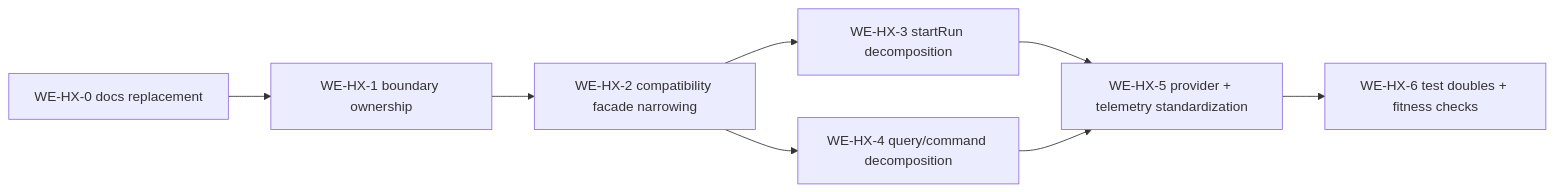
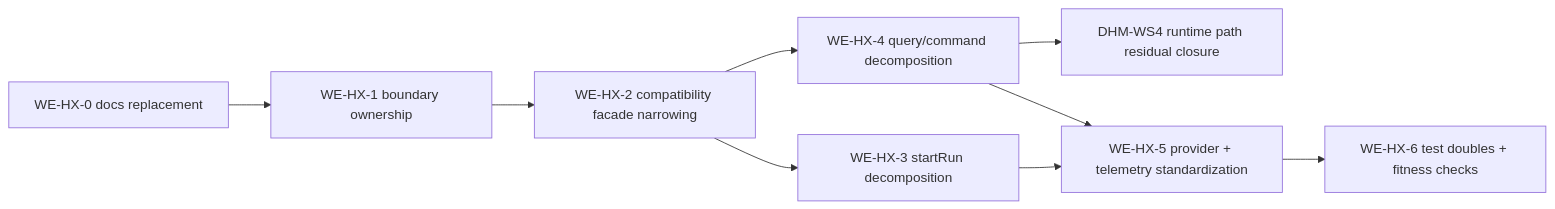
Before and after one commit to dunay2/dvt: the seventh of 7 diagrams in docs/architecture/components/engine/architecture/workflow-engine-target-architecture.v1.md, drawn with Mermaid. The commit also changed other lines of this file and 28 other files, not shown here.

````diff
--- a/docs/architecture/components/engine/architecture/workflow-engine-target-architecture.v1.md
+++ b/docs/architecture/components/engine/architecture/workflow-engine-target-architecture.v1.md
@@ -322,10 +329,11 @@
 ```mermaid
 flowchart LR
   A["WE-HX-0 docs replacement"] --> B["WE-HX-1 boundary ownership"]
   B --> C["WE-HX-2 compatibility facade narrowing"]
   C --> D["WE-HX-3 startRun decomposition"]
   C --> E["WE-HX-4 query/command decomposition"]
+  E --> E2["DHM-WS4 runtime path residual closure"]
   D --> F["WE-HX-5 provider + telemetry standardization"]
   E --> F
   F --> G["WE-HX-6 test doubles + fitness checks"]
 ```
````
